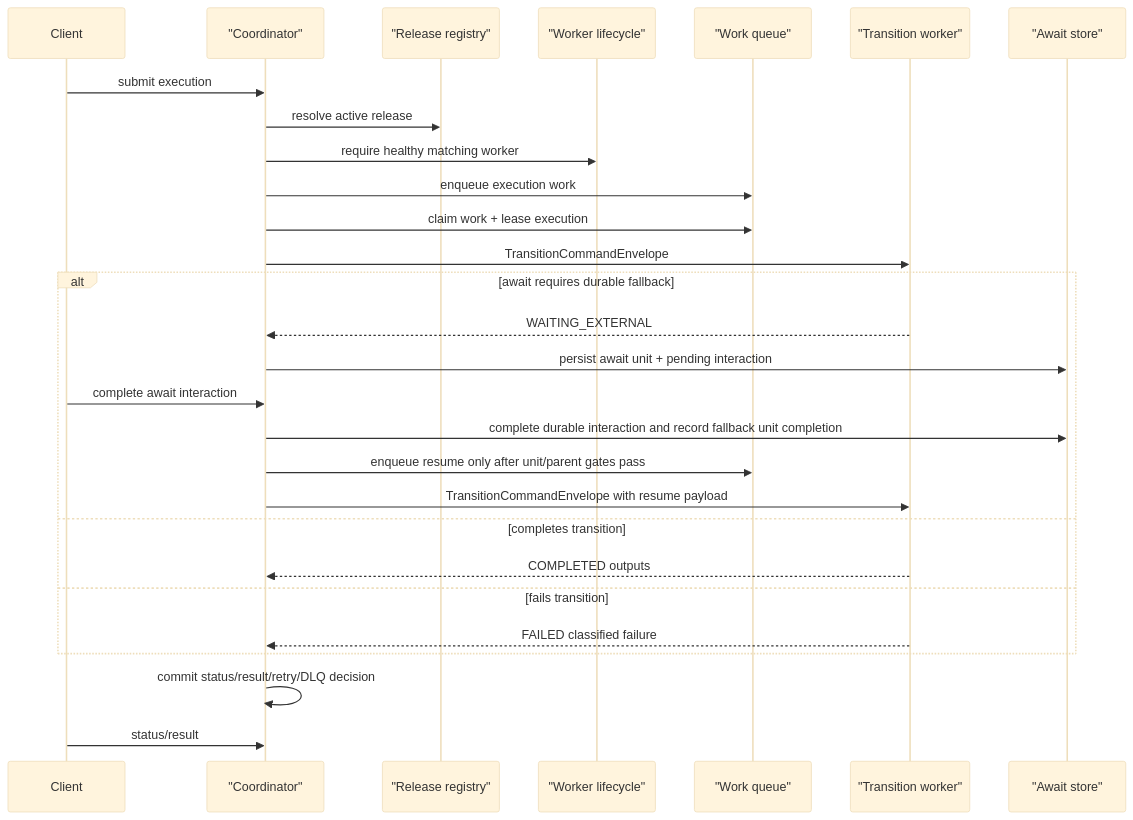
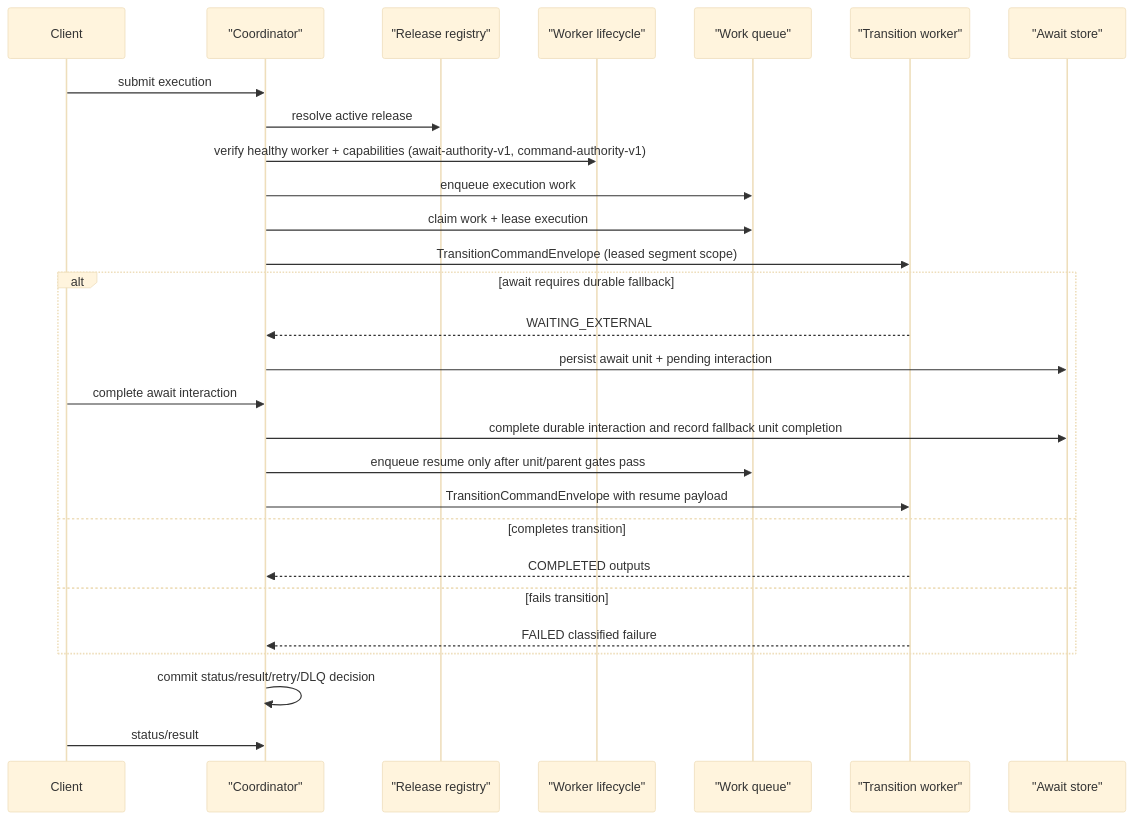
Before and after one commit to The-Pipeline-Framework/pipelineframework: the sixth of 6 diagrams in docs/evolve/durable-coordinator/coordinator-worker-topology.md, drawn with Mermaid (base theme). The commit also changed other lines of this file and 4 other files, not shown here.

First line of the commit message:
Document registered SYNC worker Command authority and add Mermaid diagrams

````diff
--- a/docs/evolve/durable-coordinator/coordinator-worker-topology.md
+++ b/docs/evolve/durable-coordinator/coordinator-worker-topology.md
@@ -154,31 +155,31 @@
 ```mermaid
 sequenceDiagram
     participant Client
     participant Coord as "Coordinator"
     participant Releases as "Release registry"
     participant Workers as "Worker lifecycle"
     participant Queue as "Work queue"
     participant Worker as "Transition worker"
     participant Await as "Await store"
 
     Client->>Coord: submit execution
     Coord->>Releases: resolve active release
-    Coord->>Workers: require healthy matching worker
+    Coord->>Workers: verify healthy worker + capabilities (await-authority-v1, command-authority-v1)
     Coord->>Queue: enqueue execution work
     Coord->>Queue: claim work + lease execution
-    Coord->>Worker: TransitionCommandEnvelope
+    Coord->>Worker: TransitionCommandEnvelope (leased segment scope)
     alt await requires durable fallback
         Worker-->>Coord: WAITING_EXTERNAL
         Coord->>Await: persist await unit + pending interaction
         Client->>Coord: complete await interaction
         Coord->>Await: complete durable interaction and record fallback unit completion
         Coord->>Queue: enqueue resume only after unit/parent gates pass
         Coord->>Worker: TransitionCommandEnvelope with resume payload
     else completes transition
         Worker-->>Coord: COMPLETED outputs
     else fails transition
         Worker-->>Coord: FAILED classified failure
     end
     Coord->>Coord: commit status/result/retry/DLQ decision
     Client->>Coord: status/result
 ```
````
